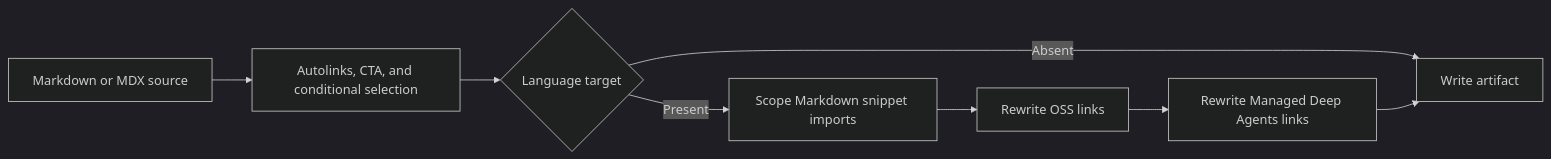
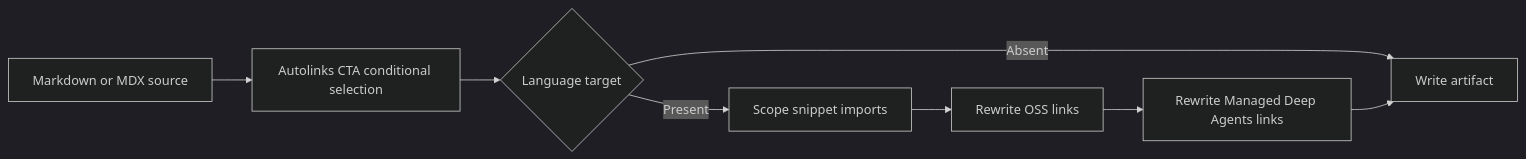
The second of 2 diagrams in openwiki/concepts/versioning.md (rishi-raj-jain/docs-1), drawn with Mermaid (dark theme) before and after one commit. The commit also changed other lines of this file and 33 other files, not shown here.

````diff
--- a/openwiki/concepts/versioning.md
+++ b/openwiki/concepts/versioning.md
@@ -87,10 +81,10 @@
 ```mermaid
 flowchart LR
-    Input["Markdown or MDX source"] --> Preprocess["Autolinks, CTA, and conditional selection"]
+    Input["Markdown or MDX source"] --> Preprocess["Autolinks CTA conditional selection"]
     Preprocess --> Target{"Language target"}
-    Target -->|"Present"| Imports["Scope Markdown snippet imports"]
+    Target -->|"Present"| Imports["Scope snippet imports"]
     Target -->|"Absent"| Write["Write artifact"]
     Imports --> OssLinks["Rewrite OSS links"]
     OssLinks --> ManagedLinks["Rewrite Managed Deep Agents links"]
     ManagedLinks --> Write
 ```
````
